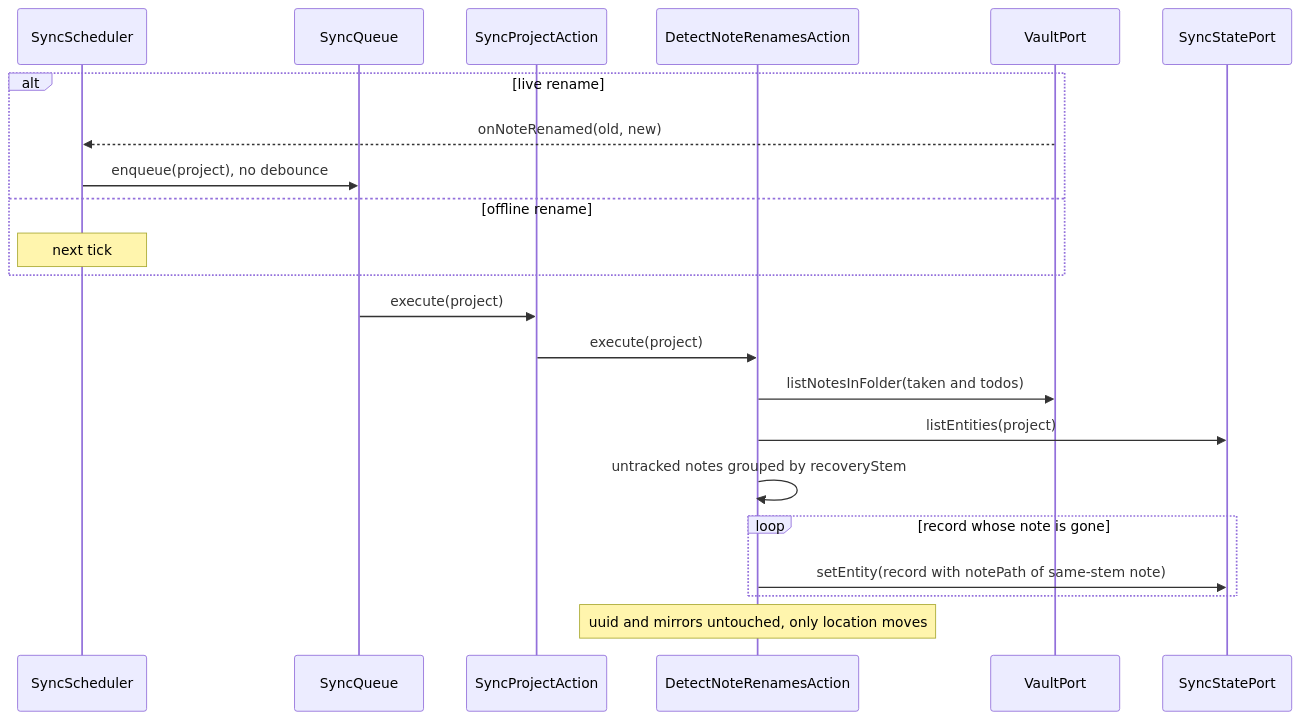
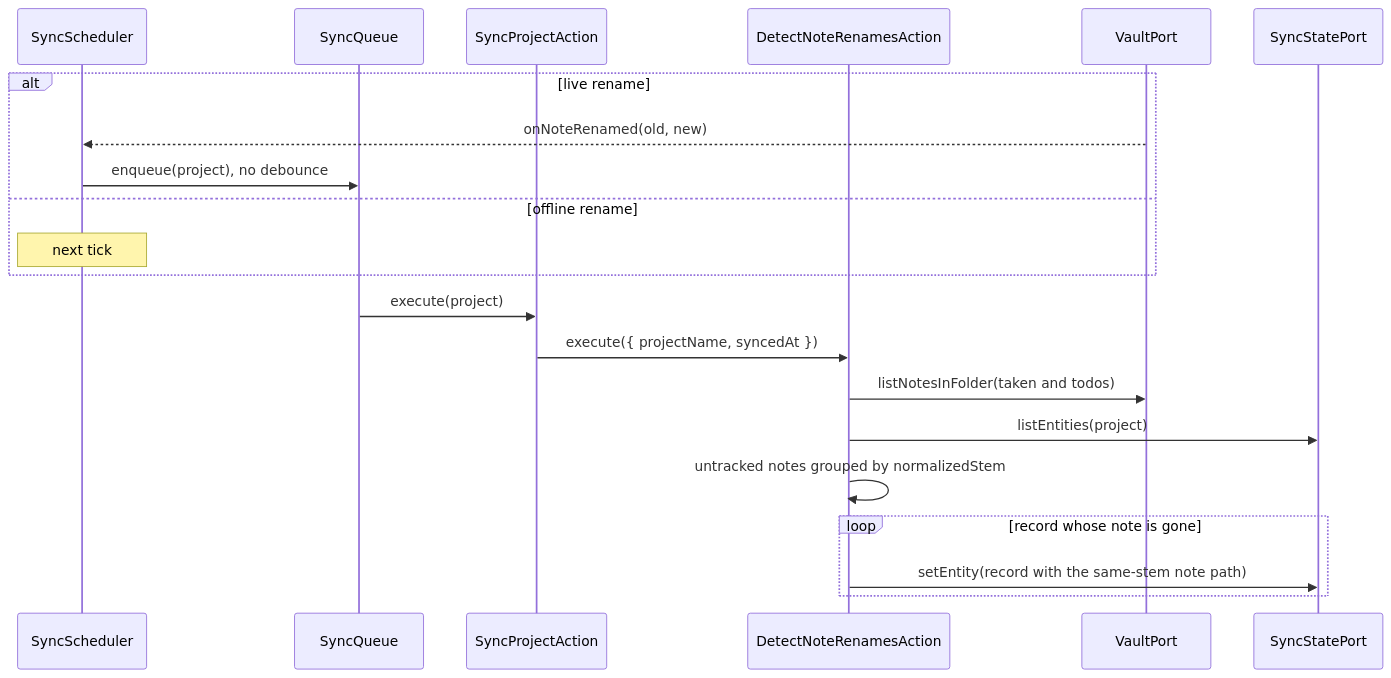
One commit to 99linesofcode/obsidian-project-management changed diagram 17 of 18 in docs/developer-manual.md. Above: the diagram before and after it, drawn with Mermaid. The commit also changed other lines of this file and 1 other file, not shown here.

First line of the commit message:
docs: rewrite the manual and architecture for the multi-adapter core

````diff
--- a/docs/developer-manual.md
+++ b/docs/developer-manual.md
@@ -811,25 +788,24 @@
 ```mermaid
 sequenceDiagram
   participant Sched as SyncScheduler
   participant Q as SyncQueue
   participant SP as SyncProjectAction
   participant Ren as DetectNoteRenamesAction
   participant V as VaultPort
   participant SS as SyncStatePort
 
   alt live rename
     V-->>Sched: onNoteRenamed(old, new)
     Sched->>Q: enqueue(project), no debounce
   else offline rename
     Note over Sched: next tick
   end
   Q->>SP: execute(project)
-  SP->>Ren: execute(project)
+  SP->>Ren: execute({ projectName, syncedAt })
   Ren->>V: listNotesInFolder(taken and todos)
   Ren->>SS: listEntities(project)
-  Ren->>Ren: untracked notes grouped by recoveryStem
+  Ren->>Ren: untracked notes grouped by normalizedStem
   loop record whose note is gone
-    Ren->>SS: setEntity(record with notePath of same-stem note)
+    Ren->>SS: setEntity(record with the same-stem note path)
   end
-  Note over Ren: uuid and mirrors untouched, only location moves
 ```
````
